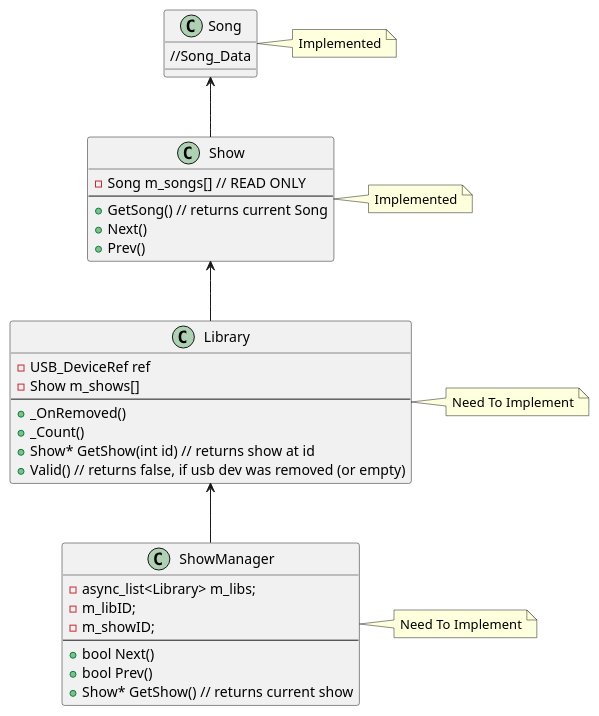
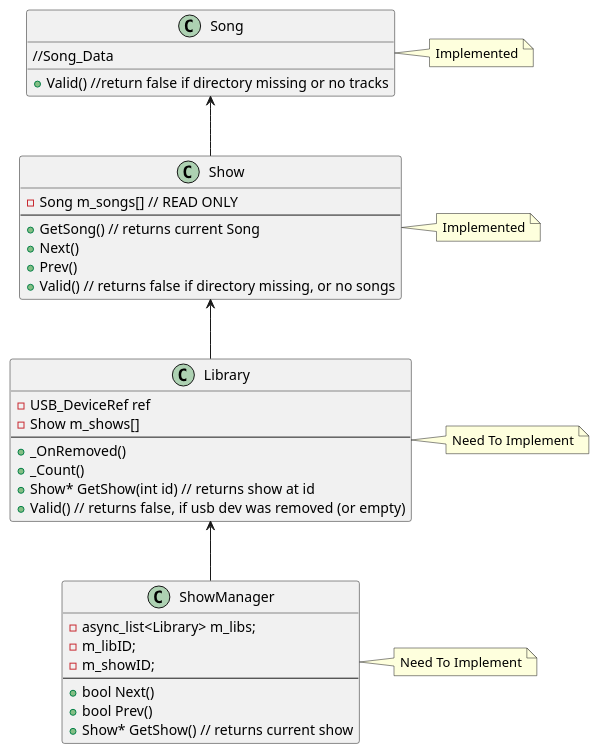
Before and after one commit to MineStorm999/BackingtrackPlayer_BG: the first of 2 diagrams in README.md, drawn with PlantUML.

Commit message:
edit: updated readme

````diff
--- a/README.md
+++ b/README.md
@@ -77,52 +77,53 @@
 ```plantuml
 @startuml
 skinparam activity {
     ' this is a comment
     BackgroundColor White
     BorderColor Black /' this is a comment '/
     BorderColor Red  ' this is not a comment and this line is ignored
 }
 
     class Song{
-        
         //Song_Data
+        + Valid() //return false if directory missing or no tracks
     }
     note right of Song: Implemented
     
 
     class Show{
         - Song m_songs[] // READ ONLY
         --
         + GetSong() // returns current Song
         + Next()
         + Prev()
+        + Valid() // returns false if directory missing, or no songs
     }
     note right of Show: Implemented
 
     class ShowManager{
         - async_list<Library> m_libs;
         - m_libID;
         - m_showID;
         --
         + bool Next()
         + bool Prev() 
         + Show* GetShow() // returns current show
     }
     note right of ShowManager: Need To Implement
 
     class Library{
         - USB_DeviceRef ref
         - Show m_shows[]
         --
         + _OnRemoved()
         + _Count()
         + Show* GetShow(int id) // returns show at id  
         + Valid() // returns false, if usb dev was removed (or empty)
     }
     note right of Library: Need To Implement
 
     Song <-- Show
     Library <-- ShowManager
     Show <-- Library
 @enduml
 ```
````
